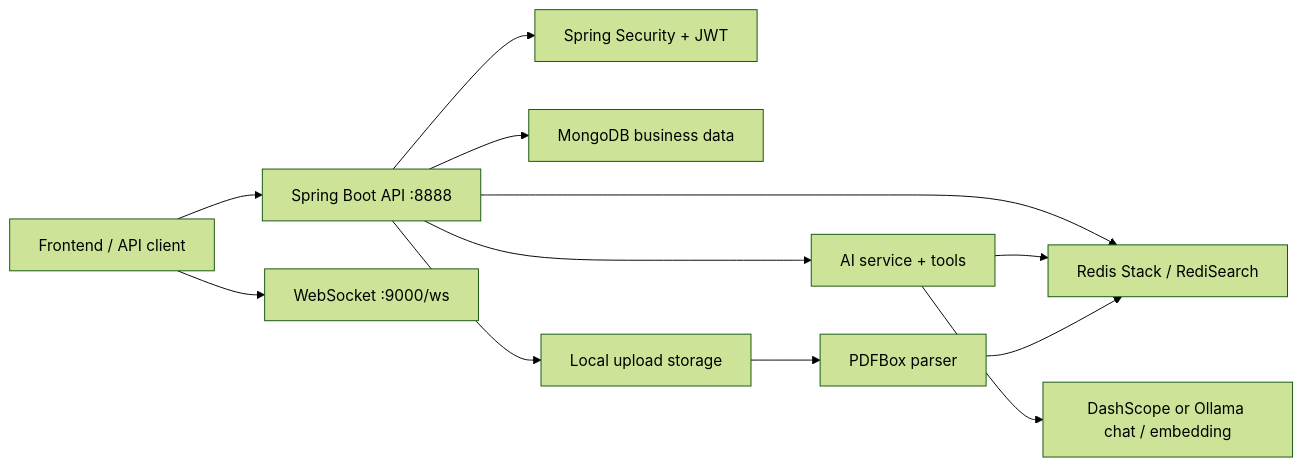
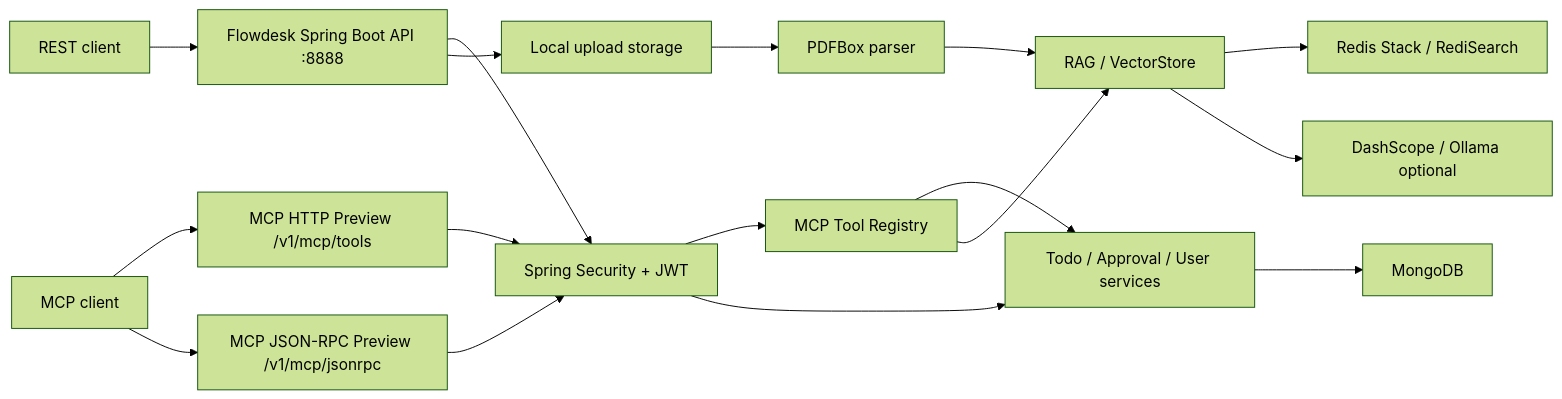
Before and after one commit to evans778-star/flowdesk: the diagram in README.md, drawn with Mermaid (forest theme). The commit also changed other lines of this file and 48 other files, not shown here.

Commit message:
Add RAG citations quality lab and MCP adapter hardening

````diff
--- a/README.md
+++ b/README.md
@@ -64,14 +117,19 @@
 ```mermaid
 flowchart LR
-    Client["Frontend / API client"] --> API["Spring Boot API :8888"]
-    Client --> WS["WebSocket :9000/ws"]
+    RestClient["REST client"] --> API["Flowdesk Spring Boot API :8888"]
+    McpClient["MCP client"] --> McpHttp["MCP HTTP Preview /v1/mcp/tools"]
+    McpClient --> McpJsonRpc["MCP JSON-RPC Preview /v1/mcp/jsonrpc"]
     API --> Security["Spring Security + JWT"]
-    API --> Mongo["MongoDB business data"]
-    API --> Redis["Redis Stack / RediSearch"]
+    McpHttp --> Security
+    McpJsonRpc --> Security
+    Security --> Registry["MCP Tool Registry"]
+    Security --> Services["Todo / Approval / User services"]
+    Registry --> Services
+    Registry --> RAG["RAG / VectorStore"]
+    Services --> Mongo["MongoDB"]
+    RAG --> Redis["Redis Stack / RediSearch"]
     API --> Upload["Local upload storage"]
-    API --> Agent["AI service + tools"]
-    Agent --> AIProvider["DashScope or Ollama chat / embedding"]
-    Agent --> Redis
     Upload --> PDF["PDFBox parser"]
-    PDF --> Redis
+    PDF --> RAG
+    RAG --> Provider["DashScope / Ollama optional"]
 ```
````
